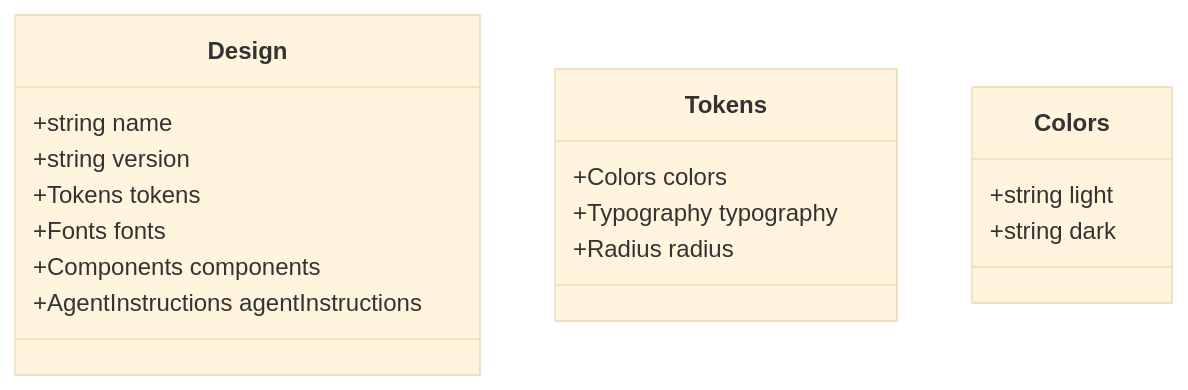
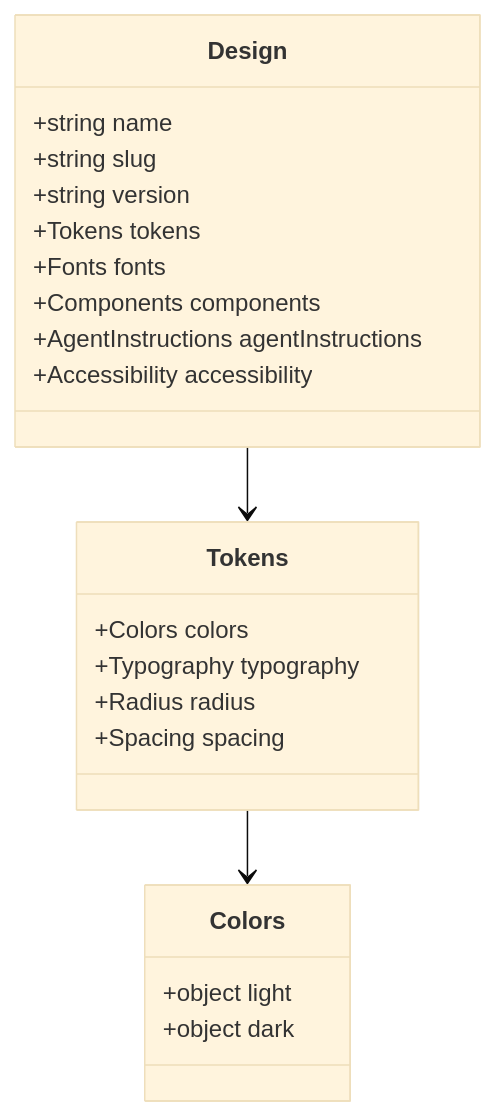
The third of 3 diagrams in README.md (luongnv89/sleek-ui), drawn with Mermaid (base theme) before and after one commit. The commit also changed other lines of this file and 8 other files, not shown here.

````diff
--- a/README.md
+++ b/README.md
@@ -125,22 +113,25 @@
 ```mermaid
 classDiagram
     class Design {
         +string name
+        +string slug
         +string version
         +Tokens tokens
         +Fonts fonts
         +Components components
         +AgentInstructions agentInstructions
+        +Accessibility accessibility
     }
-
     class Tokens {
         +Colors colors
         +Typography typography
         +Radius radius
+        +Spacing spacing
     }
-
     class Colors {
-        +string light
-        +string dark
+        +object light
+        +object dark
     }
+    Design --> Tokens
+    Tokens --> Colors
 ```
````
